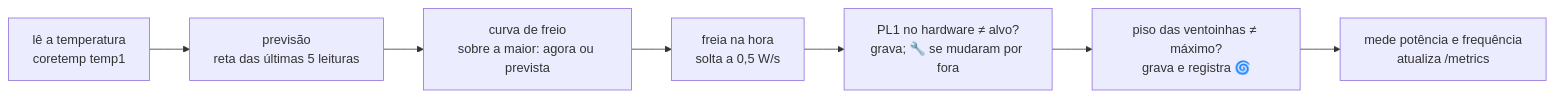
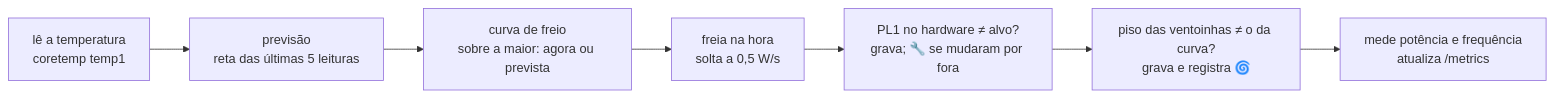
Before and after one commit to alexkads/termostato: the diagram in docs/como-funciona.md, drawn with Mermaid. The commit also changed other lines of this file and 8 other files, not shown here.

First line of the commit message:
20m - feat(ventoinhas): modo curva, o cooler só acelera quando a CPU esquenta

````diff
--- a/docs/como-funciona.md
+++ b/docs/como-funciona.md
@@ -26,9 +27,9 @@
 ```mermaid
 flowchart LR
   A[lê a temperatura<br/>coretemp temp1] --> B[previsão<br/>reta das últimas 5 leituras]
   B --> C[curva de freio<br/>sobre a maior: agora ou prevista]
   C --> D[freia na hora<br/>solta a 0,5 W/s]
   D --> E[PL1 no hardware ≠ alvo?<br/>grava; 🔧 se mudaram por fora]
-  E --> F[piso das ventoinhas ≠ máximo?<br/>grava e registra 🌀]
+  E --> F[piso das ventoinhas ≠ o da curva?<br/>grava e registra 🌀]
   F --> G[mede potência e frequência<br/>atualiza /metrics]
 ```
````
